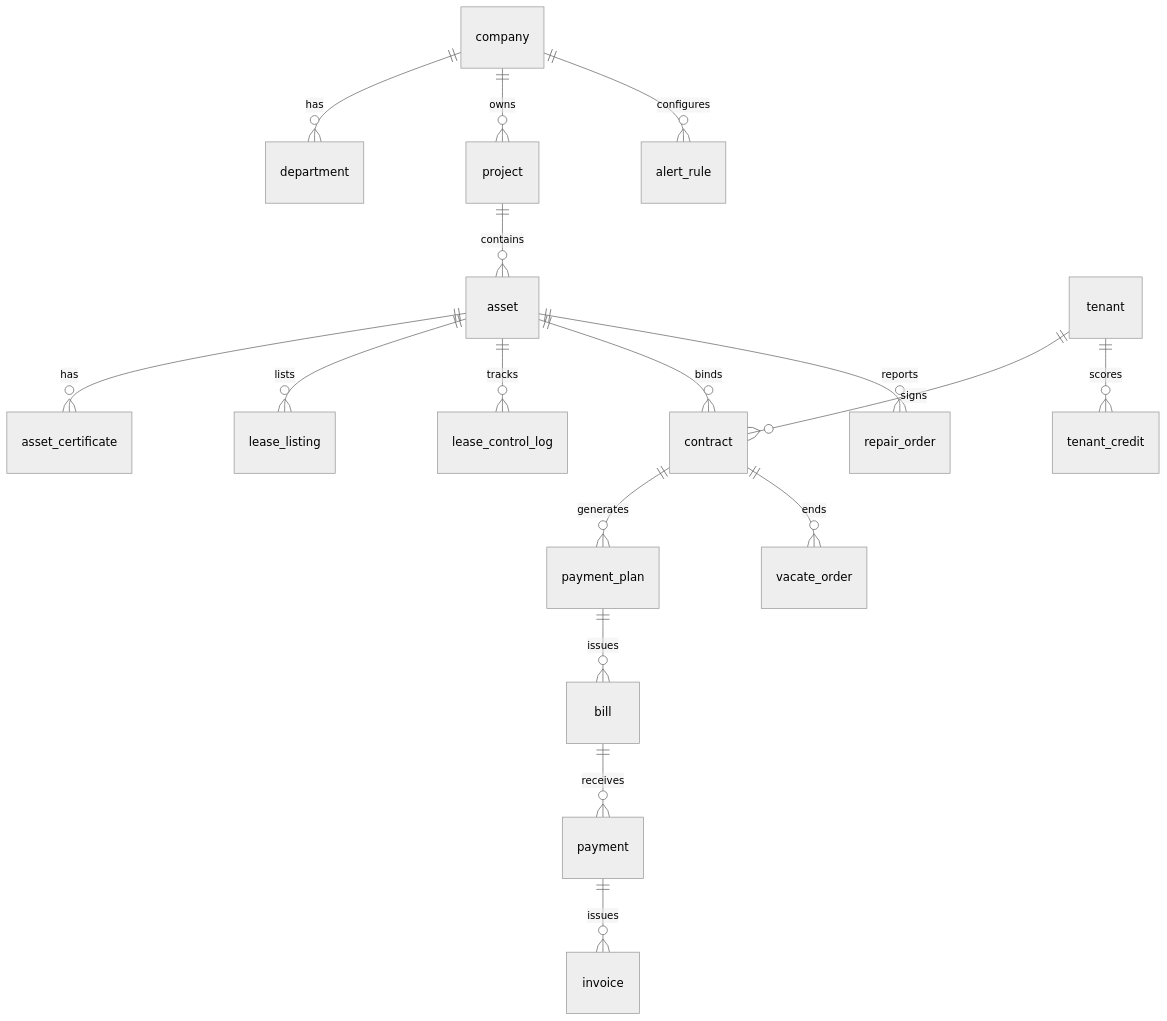
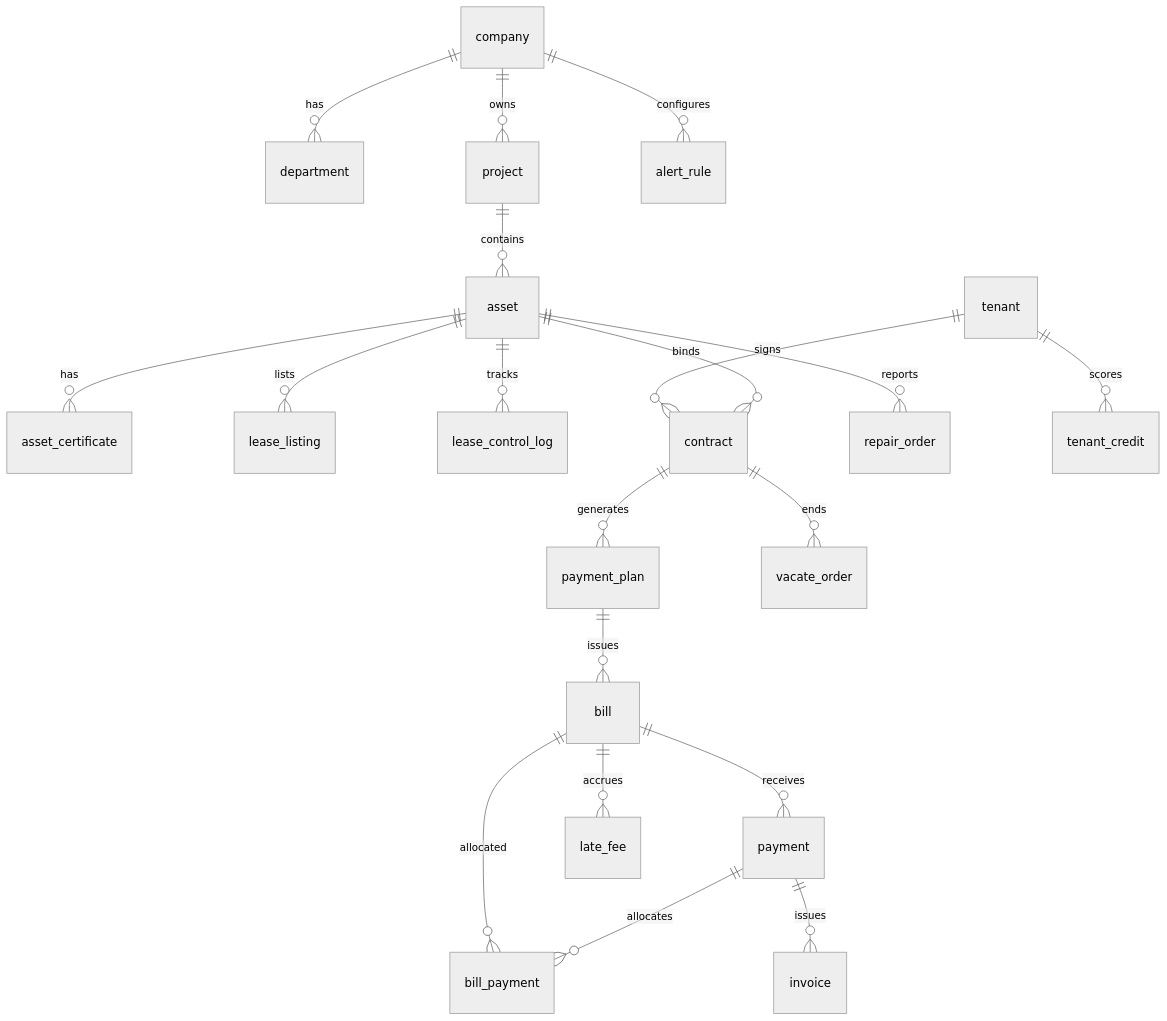
One commit to Jerry-RL/asset-management-system changed the diagram in docs/database/数据库设计.md. Above: the diagram before and after it, drawn with Mermaid (neutral theme). The commit also changed other lines of this file and 4 other files, not shown here.

````diff
--- a/docs/database/数据库设计.md
+++ b/docs/database/数据库设计.md
@@ -20,19 +20,22 @@
 ```mermaid
 erDiagram
   company ||--o{ department : has
   company ||--o{ project : owns
   project ||--o{ asset : contains
   asset ||--o{ asset_certificate : has
   asset ||--o{ lease_listing : lists
   asset ||--o{ lease_control_log : tracks
   tenant ||--o{ contract : signs
   asset ||--o{ contract : binds
   contract ||--o{ payment_plan : generates
   payment_plan ||--o{ bill : issues
   bill ||--o{ payment : receives
+  bill ||--o{ late_fee : accrues
+  bill ||--o{ bill_payment : allocated
+  payment ||--o{ bill_payment : allocates
   payment ||--o{ invoice : issues
   contract ||--o{ vacate_order : ends
   asset ||--o{ repair_order : reports
   company ||--o{ alert_rule : configures
   tenant ||--o{ tenant_credit : scores
 ```
````
